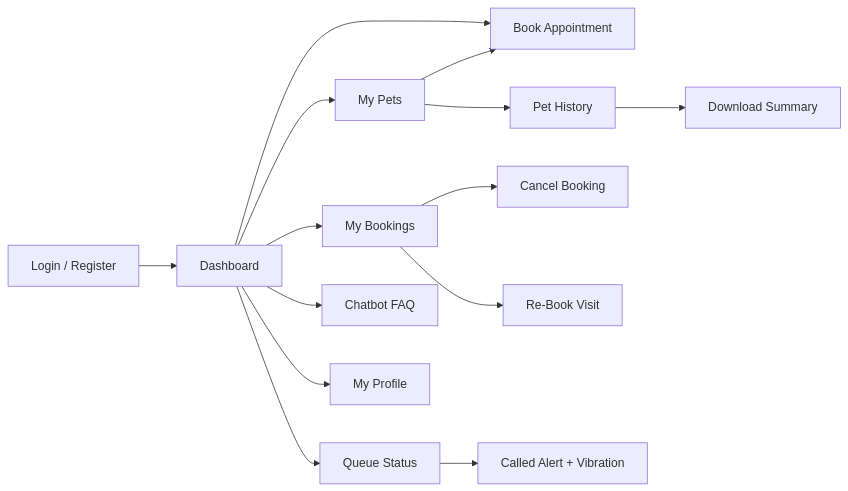
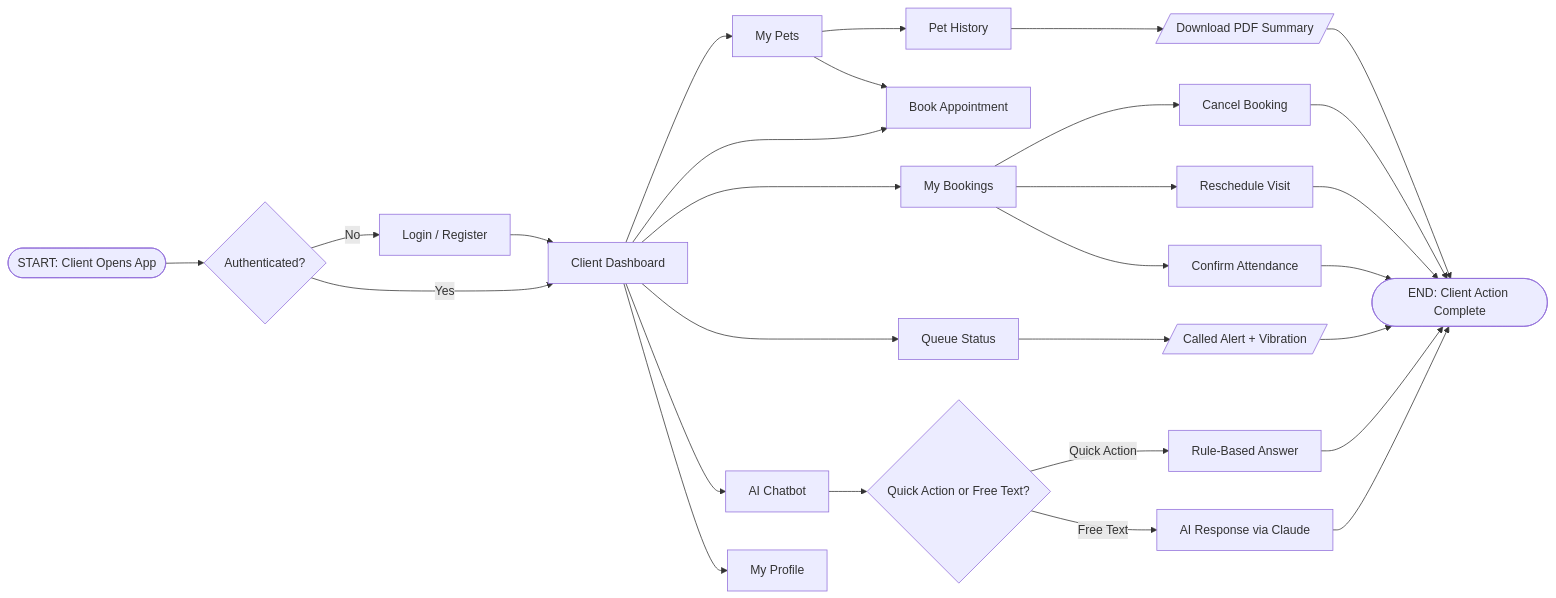
One commit to jepdd15/VetConnect-Ecosystem changed the second of 4 diagrams in VETCONNECT_DIAGRAMS_PRINT.md. Above: the diagram before and after it, drawn with Mermaid. The commit also changed other lines of this file and 4 other files, not shown here.

Commit message:
docs: update handoff, diagrams with standard flowchart shapes, add 7 system flowcharts, fix state diagram syntax

````diff
--- a/VETCONNECT_DIAGRAMS_PRINT.md
+++ b/VETCONNECT_DIAGRAMS_PRINT.md
@@ -113,18 +113,27 @@
 ```mermaid
 flowchart LR
-    LOGIN[Login / Register] --> DASH[Dashboard]
+    START([START: Client Opens App]) --> AUTH{Authenticated?}
+    AUTH -->|No| LOGIN[Login / Register]
+    AUTH -->|Yes| DASH[Client Dashboard]
+    LOGIN --> DASH
 
     DASH --> PETS[My Pets]
     DASH --> BOOK[Book Appointment]
     DASH --> APPTS[My Bookings]
     DASH --> QUEUE[Queue Status]
-    DASH --> CHAT[Chatbot FAQ]
+    DASH --> CHAT[AI Chatbot]
     DASH --> PROFILE[My Profile]
 
     PETS --> HISTORY[Pet History]
     PETS --> BOOK
-    HISTORY --> PDF[Download Summary]
+    HISTORY --> PDF[/Download PDF Summary/]
     APPTS --> CANCEL[Cancel Booking]
-    APPTS --> REBOOK[Re-Book Visit]
-    QUEUE --> ALERT[Called Alert + Vibration]
+    APPTS --> RESCHEDULE[Reschedule Visit]
+    APPTS --> CONFIRM_BTN[Confirm Attendance]
+    QUEUE --> ALERT[/Called Alert + Vibration/]
+    CHAT --> QUICK{Quick Action or Free Text?}
+    QUICK -->|Quick Action| RULE[Rule-Based Answer]
+    QUICK -->|Free Text| AI[AI Response via Claude]
+
+    CANCEL & RESCHEDULE & CONFIRM_BTN & RULE & AI & PDF & ALERT --> END_CLIENT([END: Client Action Complete])
 ```
````
